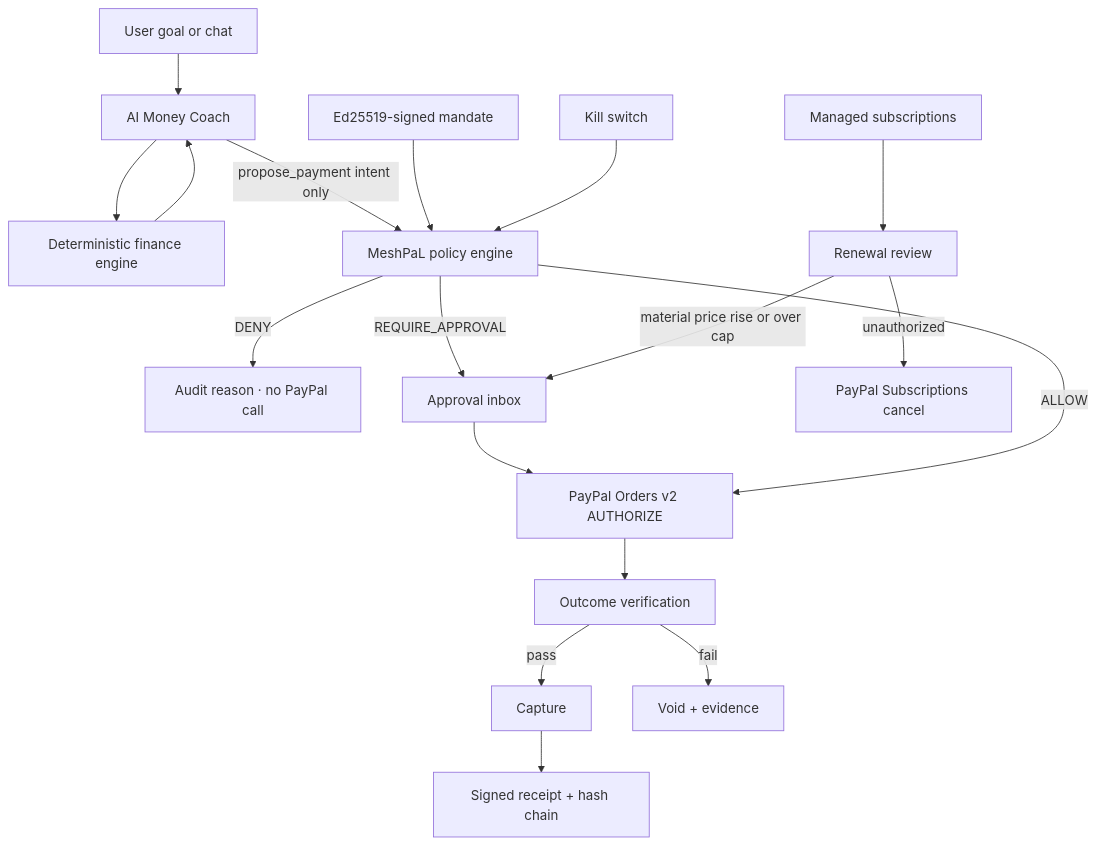
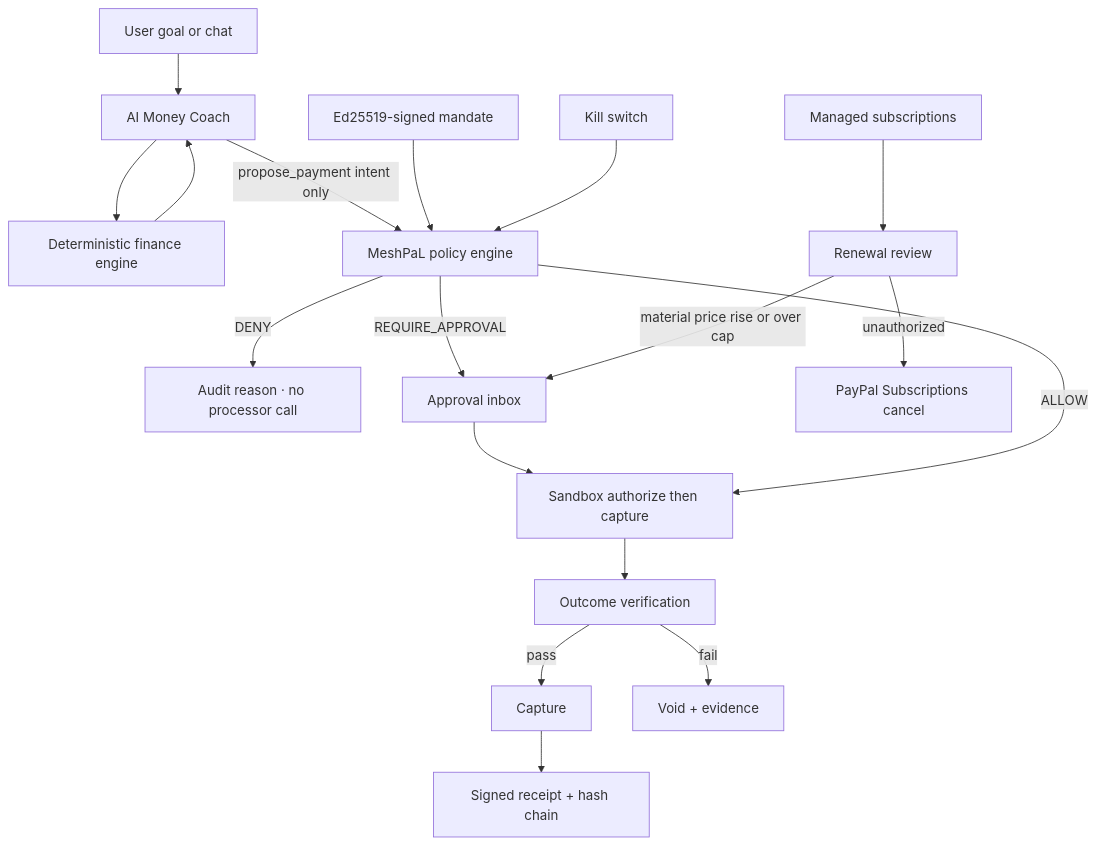
Before and after one commit to CodesbyFebin/AgentPAL: the diagram in README.md, drawn with Mermaid. The commit also changed other lines of this file and 29 other files, not shown here.

First line of the commit message:
Add Braintree sandbox checkout with policy-gated authorize-then-capture.

````diff
--- a/README.md
+++ b/README.md
@@ -24,20 +24,20 @@
 ```mermaid
 flowchart TD
   U[User goal or chat] --> C[AI Money Coach]
   C --> E[Deterministic finance engine]
   E --> C
   C -->|propose_payment intent only| P[MeshPaL policy engine]
   M[Ed25519-signed mandate] --> P
   KS[Kill switch] --> P
-  P -->|DENY| X[Audit reason · no PayPal call]
+  P -->|DENY| X[Audit reason · no processor call]
   P -->|REQUIRE_APPROVAL| I[Approval inbox]
   I --> Pay
-  P -->|ALLOW| Pay[PayPal Orders v2 AUTHORIZE]
+  P -->|ALLOW| Pay[Sandbox authorize then capture]
   Pay --> V[Outcome verification]
   V -->|pass| Cap[Capture]
   V -->|fail| Void[Void + evidence]
   Cap --> Rec[Signed receipt + hash chain]
   Sub[Managed subscriptions] --> Rev[Renewal review]
   Rev -->|material price rise or over cap| I
   Rev -->|unauthorized| Can[PayPal Subscriptions cancel]
 ```
````
